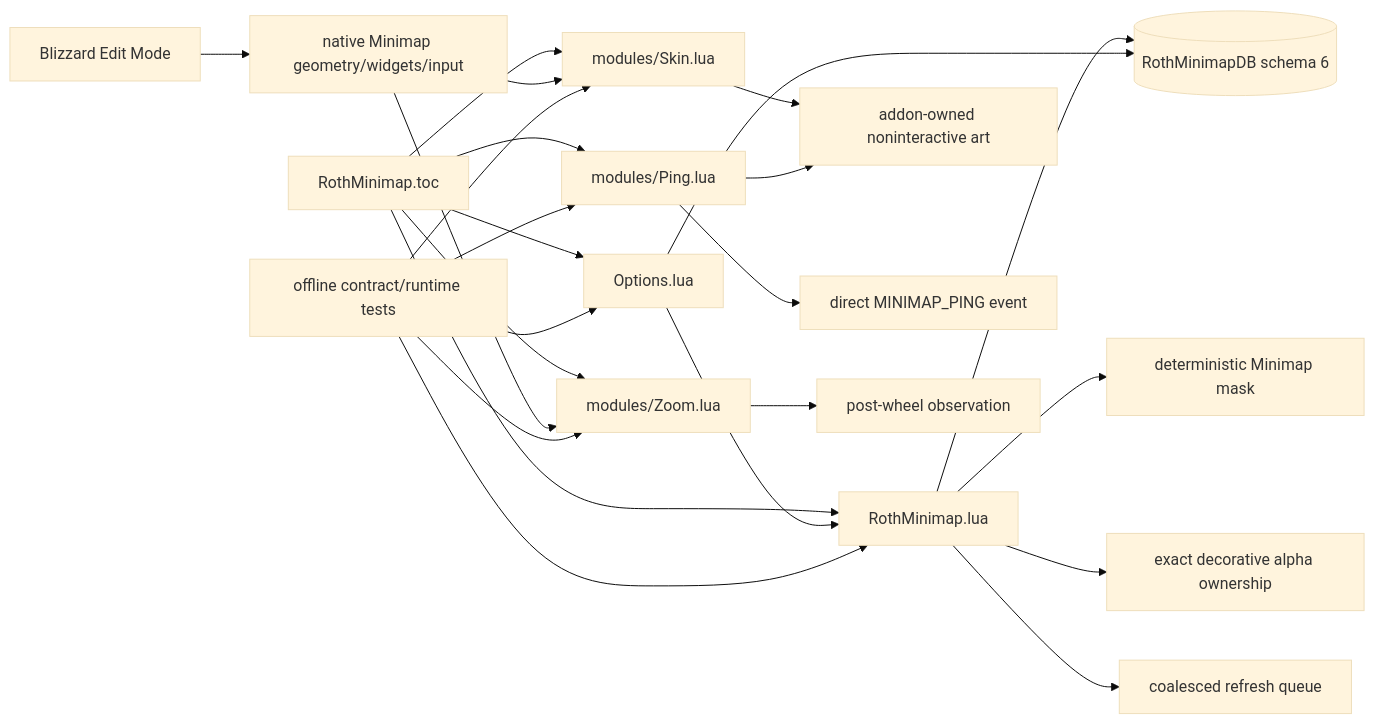
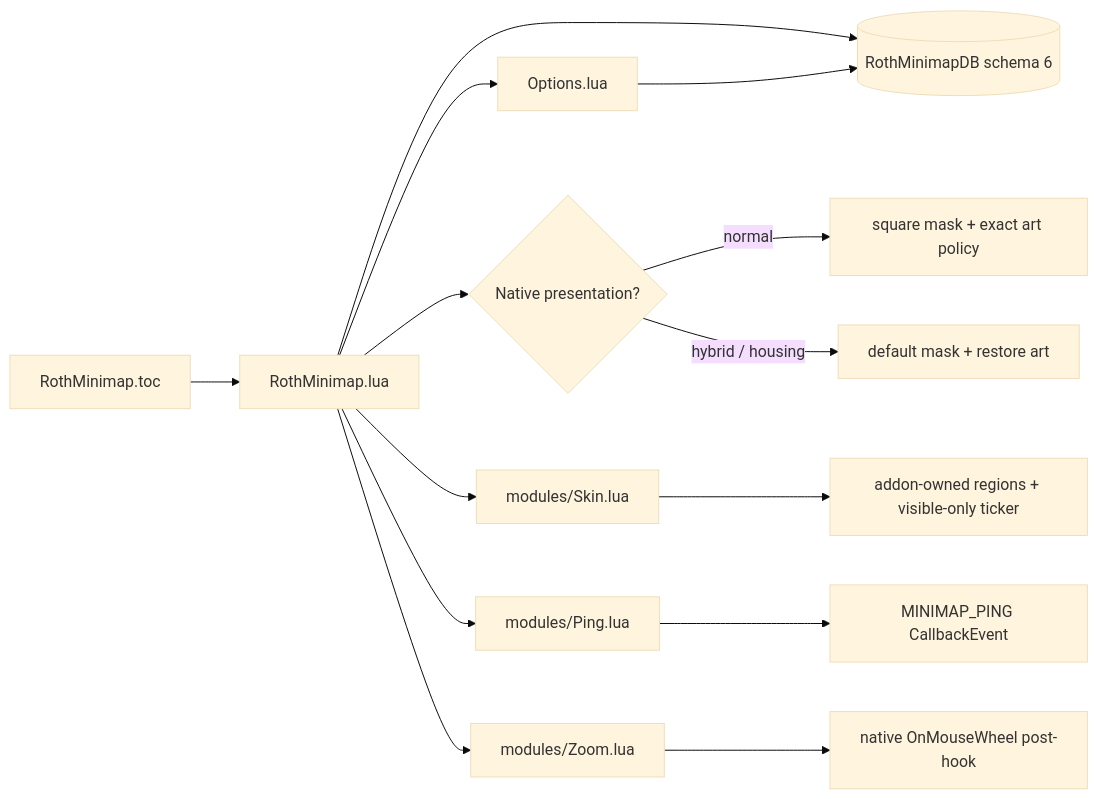
The diagram in CODE_GRAPH.md (UnknownAlienHuman/roth-minimap), drawn with Mermaid (base theme) before and after one commit. The commit also changed other lines of this file and 13 other files, not shown here.

Commit message:
fix: support callback pings and native minimap fallback

````diff
--- a/CODE_GRAPH.md
+++ b/CODE_GRAPH.md
@@ -3,30 +3,16 @@
 ```mermaid
 flowchart LR
-  T["RothMinimap.toc"] --> C["RothMinimap.lua"]
-  T --> S["modules/Skin.lua"]
-  T --> P["modules/Ping.lua"]
-  T --> Z["modules/Zoom.lua"]
-  T --> O["Options.lua"]
-
-  C --> DB[("RothMinimapDB schema 6")]
-  C --> MASK["deterministic Minimap mask"]
-  C --> ART["exact decorative alpha ownership"]
-  C --> Q["coalesced refresh queue"]
-
-  E["Blizzard Edit Mode"] --> N["native Minimap geometry/widgets/input"]
-  N --> S
-  N --> Z
-
-  S --> OWN["addon-owned noninteractive art"]
-  P --> OWN
-  P --> MP["direct MINIMAP_PING event"]
-  Z --> W["post-wheel observation"]
-  O --> DB
-  O --> C
-
-  X["offline contract/runtime tests"] --> C
-  X --> S
-  X --> P
-  X --> Z
-  X --> O
+  TOC["RothMinimap.toc"] --> CORE["RothMinimap.lua"]
+  CORE --> DB[("RothMinimapDB schema 6")]
+  CORE --> MODE{"Native presentation?"}
+  MODE -->|normal| MASK["square mask + exact art policy"]
+  MODE -->|hybrid / housing| FALLBACK["default mask + restore art"]
+  CORE --> SKIN["modules/Skin.lua"]
+  CORE --> PING["modules/Ping.lua"]
+  CORE --> ZOOM["modules/Zoom.lua"]
+  CORE --> OPT["Options.lua"]
+  PING --> CALLBACK["MINIMAP_PING CallbackEvent"]
+  ZOOM --> WHEEL["native OnMouseWheel post-hook"]
+  SKIN --> OWNED["addon-owned regions + visible-only ticker"]
+  OPT --> DB
 ```
````
